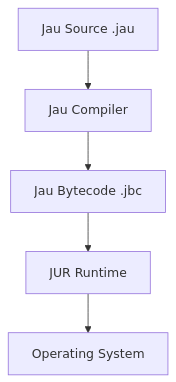
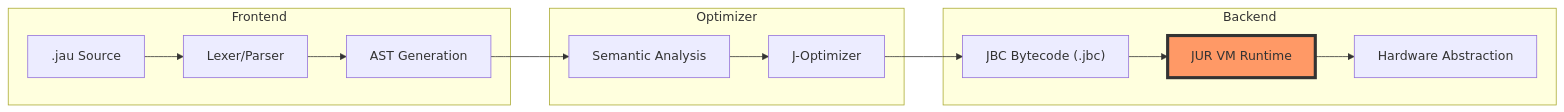
The diagram in README.md (DeathAmir/Jau-lang), drawn with Mermaid before and after one commit. The commit also changed other lines of this file, not shown here.

````diff
--- a/README.md
+++ b/README.md
@@ -80,7 +42,20 @@
 ```mermaid
-graph TD
-A[Jau Source .jau] --> B[Jau Compiler]
-B --> C[Jau Bytecode .jbc]
-C --> D[JUR Runtime]
-D --> E[Operating System]
+graph LR
+    subgraph Frontend
+    A[".jau Source"] --> B["Lexer/Parser"]
+    B --> C["AST Generation"]
+    end
+    
+    subgraph Optimizer
+    C --> D["Semantic Analysis"]
+    D --> E["J-Optimizer"]
+    end
+    
+    subgraph Backend
+    E --> F["JBC Bytecode (.jbc)"]
+    F --> G["JUR VM Runtime"]
+    G --> H["Hardware Abstraction"]
+    end
+    
+    style G fill:#f96,stroke:#333,stroke-width:4px
 ```
````
